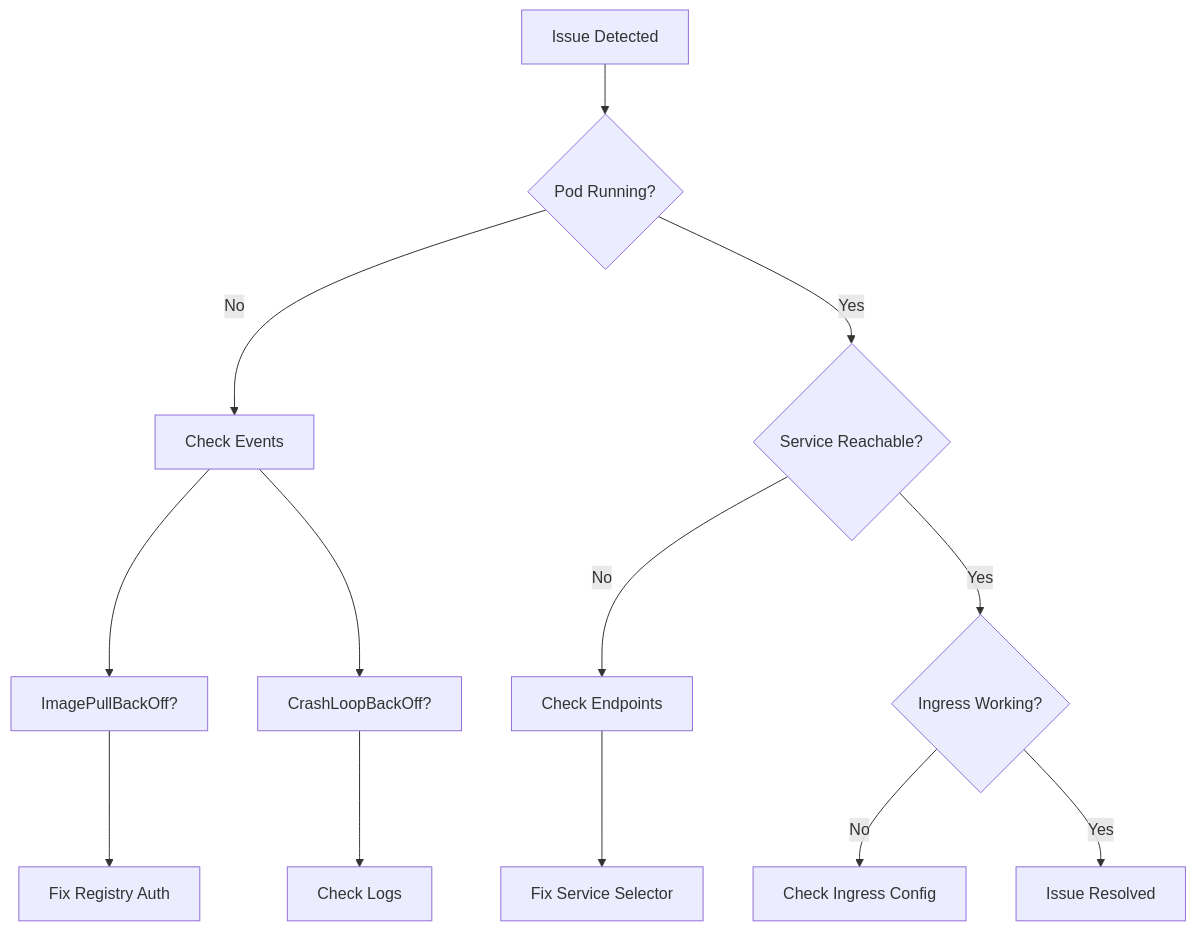
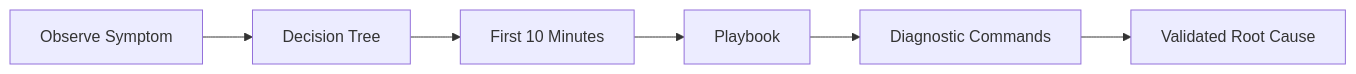
One commit to yeongseon/azure-kubernetes-service-practical-guide changed the diagram in docs/troubleshooting/index.md. Above: the diagram before and after it, drawn with Mermaid. The commit also changed other lines of this file and 116 other files, not shown here.

````diff
--- a/docs/troubleshooting/index.md
+++ b/docs/troubleshooting/index.md
@@ -5,15 +7,8 @@
 ```mermaid
-flowchart TD
-    A[Issue Detected] --> B{Pod Running?}
-    B -->|No| C[Check Events]
-    B -->|Yes| D{Service Reachable?}
-    C --> E[ImagePullBackOff?]
-    C --> F[CrashLoopBackOff?]
-    D -->|No| G[Check Endpoints]
-    D -->|Yes| H{Ingress Working?}
-    E --> I[Fix Registry Auth]
-    F --> J[Check Logs]
-    G --> K[Fix Service Selector]
-    H -->|No| L[Check Ingress Config]
-    H -->|Yes| M[Issue Resolved]
+flowchart LR
+    A[Observe Symptom] --> B[Decision Tree]
+    B --> C[First 10 Minutes]
+    C --> D[Playbook]
+    D --> E[Diagnostic Commands]
+    E --> F[Validated Root Cause]
 ```
````
